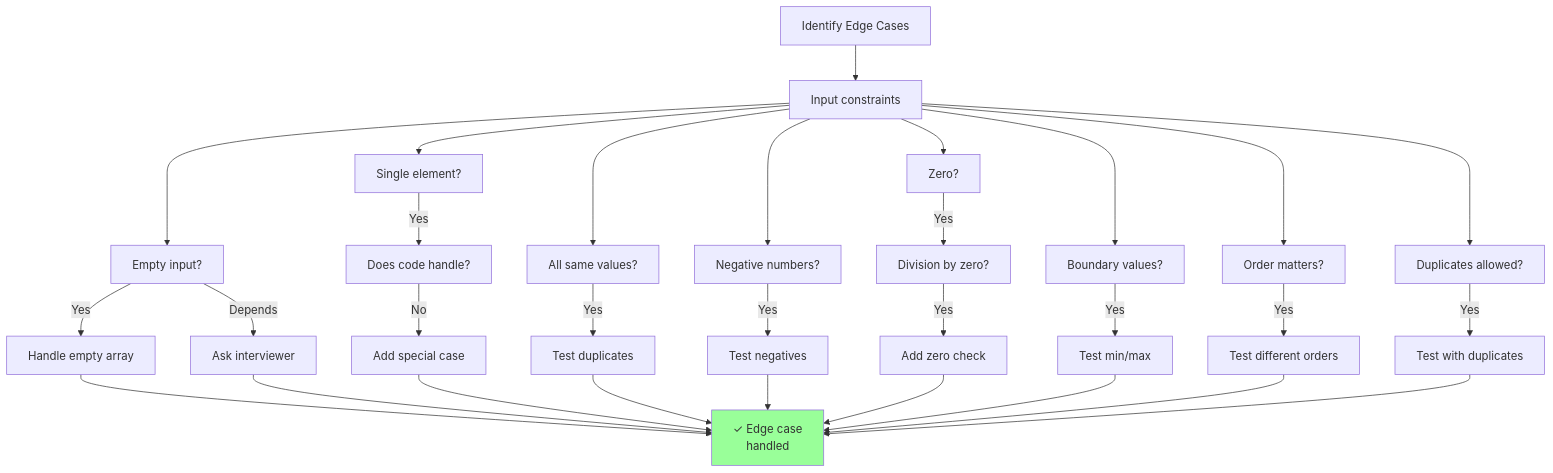
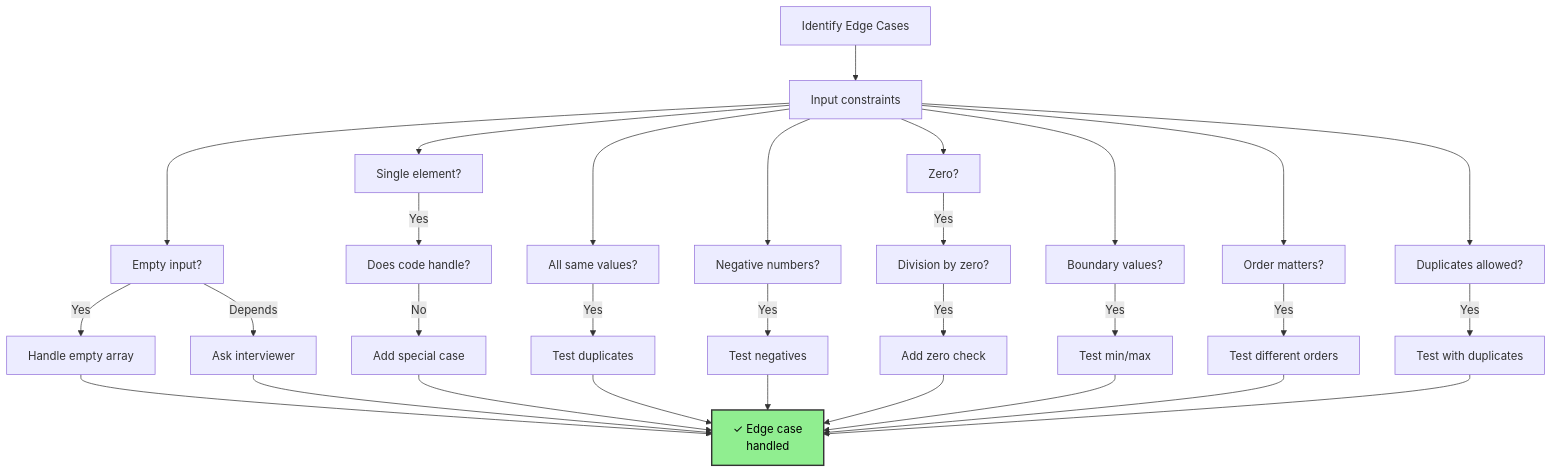
Before and after one commit to souradeepta/interviewprep: the second of 7 diagrams in docs/guides/problem_solving_flowchart.md, drawn with Mermaid. The commit also changed other lines of this file and 31 other files, not shown here.

Commit message:
updated graphs

````diff
--- a/docs/guides/problem_solving_flowchart.md
+++ b/docs/guides/problem_solving_flowchart.md
@@ -122,43 +122,43 @@
 ```mermaid
 graph TD
     A["Identify Edge Cases"] --> B["Input constraints"]
     
     B --> C["Empty input?"]
     C -->|Yes| D["Handle empty array"]
     C -->|Depends| E["Ask interviewer"]
     
     B --> F["Single element?"]
     F -->|Yes| G["Does code handle?"]
     G -->|No| H["Add special case"]
     
     B --> I["All same values?"]
     I -->|Yes| J["Test duplicates"]
     
     B --> K["Negative numbers?"]
     K -->|Yes| L["Test negatives"]
     
     B --> M["Zero?"]
     M -->|Yes| N["Division by zero?"]
     N -->|Yes| O["Add zero check"]
     
     B --> P["Boundary values?"]
     P -->|Yes| Q["Test min/max"]
     
     B --> R["Order matters?"]
     R -->|Yes| S["Test different orders"]
     
     B --> T["Duplicates allowed?"]
     T -->|Yes| U["Test with duplicates"]
     
     D --> V["✓ Edge case<br/>handled"]
     E --> V
     H --> V
     J --> V
     L --> V
     O --> V
     Q --> V
     S --> V
     U --> V
     
-    style V fill:#99ff99
+    style V fill:#90ee90,color:#000,stroke:#333,stroke-width:2px
 ```
````
